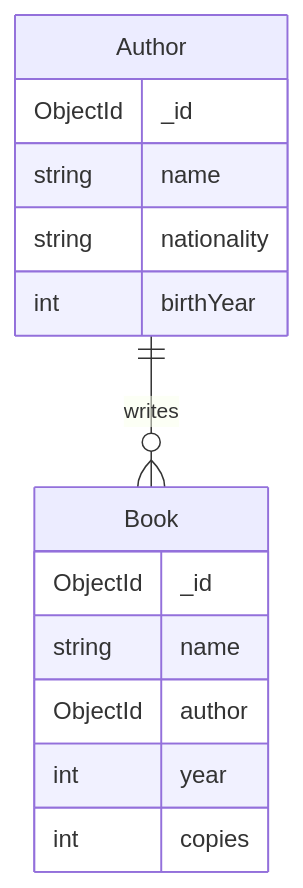
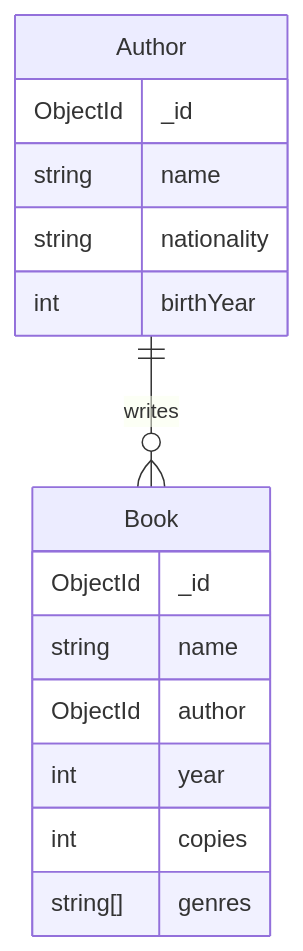
Before and after one commit to Kaltsoon/nosql: the diagram in material/3-mongo-operations.md, drawn with Mermaid. The commit also changed other lines of this file and 3 other files, not shown here.

````diff
--- a/material/3-mongo-operations.md
+++ b/material/3-mongo-operations.md
@@ -65,19 +65,20 @@
 ```mermaid
 erDiagram
     Author ||--o{ Book : writes
 
     Author {
         ObjectId _id
         string name
         string nationality
         int birthYear
     }
 
     Book {
         ObjectId _id
         string name
         ObjectId author
         int year
         int copies
+        string[] genres
     }
 ```
````
